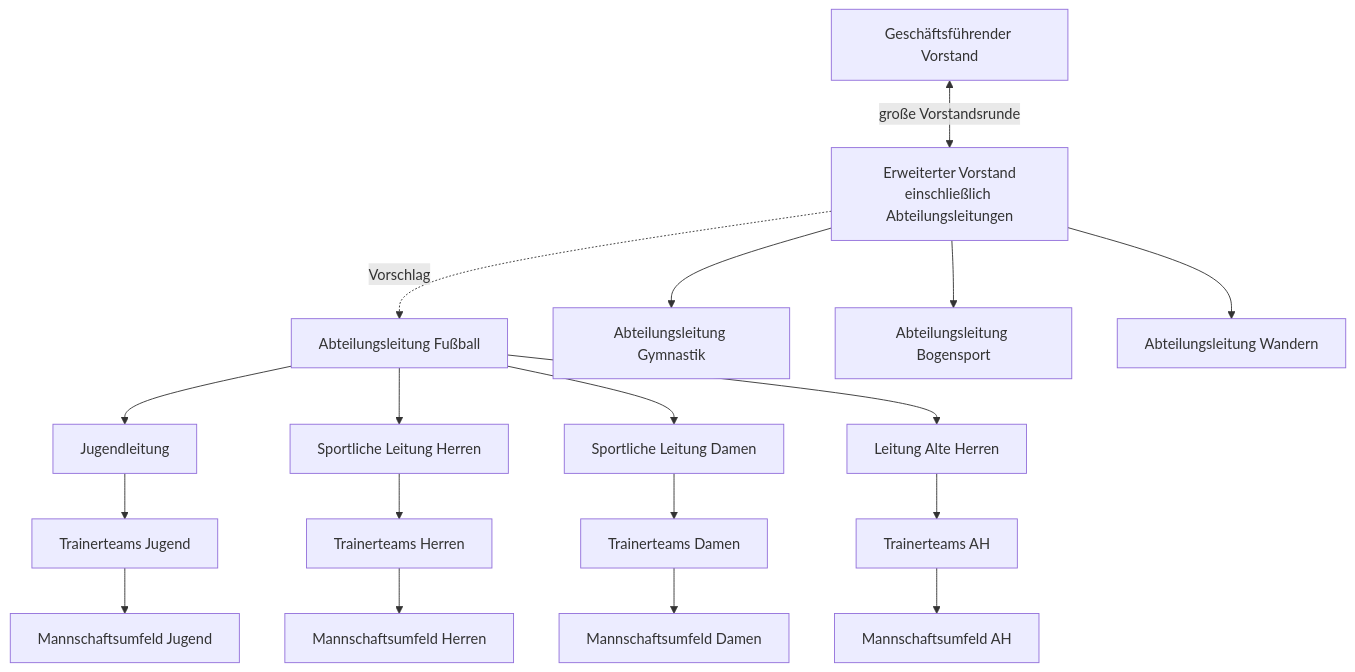
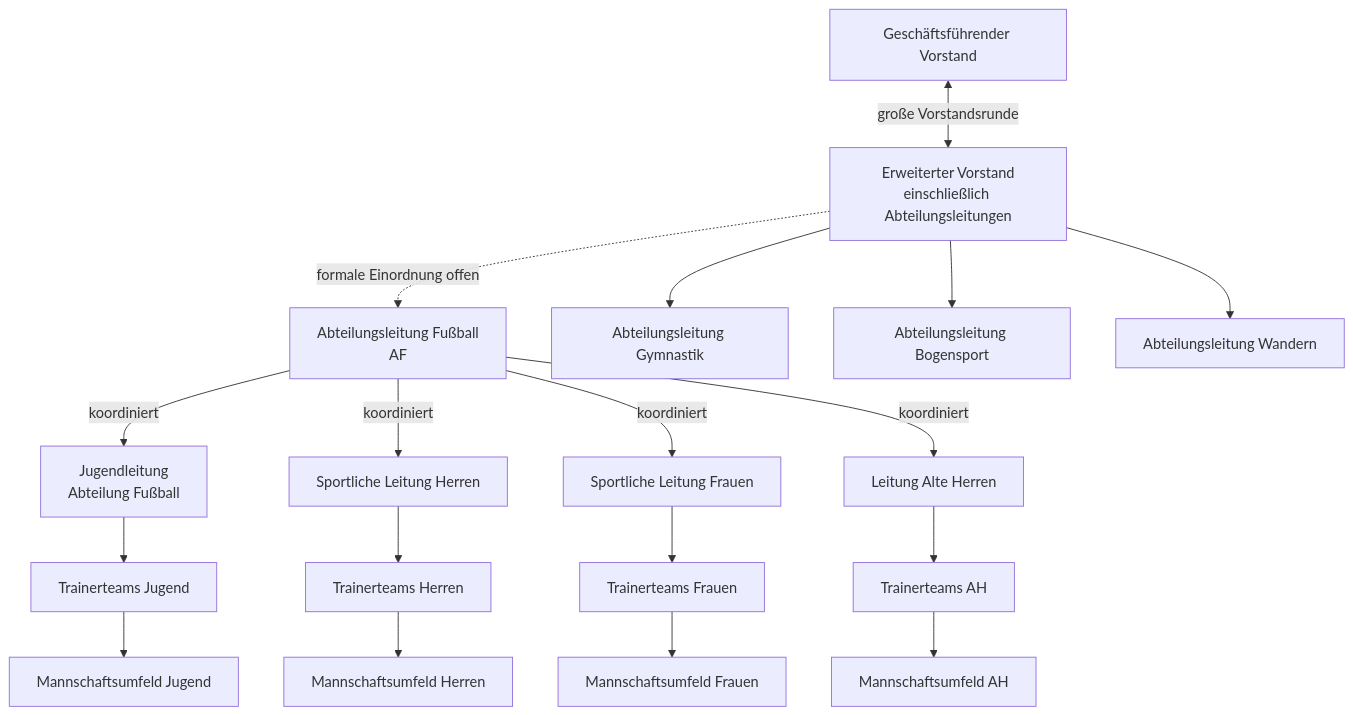
One commit to Gerinjo/bsv-strategie-2031 changed the second of 2 diagrams in diagramme/interne-kommunikation-organigramm.md. Above: the diagram before and after it, drawn with Mermaid. The commit also changed other lines of this file and 11 other files, not shown here.

````diff
--- a/diagramme/interne-kommunikation-organigramm.md
+++ b/diagramme/interne-kommunikation-organigramm.md
@@ -57,24 +59,24 @@
 ```mermaid
 flowchart TD
     GV[Geschäftsführender Vorstand] <-->|große Vorstandsrunde| EV[Erweiterter Vorstand<br/>einschließlich Abteilungsleitungen]
 
-    EV -.->|Vorschlag| AF[Abteilungsleitung Fußball]
+    EV -.->|formale Einordnung offen| AF[Abteilungsleitung Fußball<br/>AF]
     EV --> AG[Abteilungsleitung Gymnastik]
     EV --> AB[Abteilungsleitung Bogensport]
     EV --> AW[Abteilungsleitung Wandern]
 
-    AF --> JL[Jugendleitung]
-    AF --> SH[Sportliche Leitung Herren]
-    AF --> SD[Sportliche Leitung Damen]
-    AF --> AH[Leitung Alte Herren]
+    AF -->|koordiniert| JL[Jugendleitung<br/>Abteilung Fußball]
+    AF -->|koordiniert| SH[Sportliche Leitung Herren]
+    AF -->|koordiniert| SD[Sportliche Leitung Frauen]
+    AF -->|koordiniert| AH[Leitung Alte Herren]
 
     JL --> TJ[Trainerteams Jugend]
     SH --> TH[Trainerteams Herren]
-    SD --> TD[Trainerteams Damen]
+    SD --> TD[Trainerteams Frauen]
     AH --> TAH[Trainerteams AH]
 
     TJ --> MJ[Mannschaftsumfeld Jugend]
     TH --> MH[Mannschaftsumfeld Herren]
-    TD --> MD[Mannschaftsumfeld Damen]
+    TD --> MD[Mannschaftsumfeld Frauen]
     TAH --> MAH[Mannschaftsumfeld AH]
 ```
````
